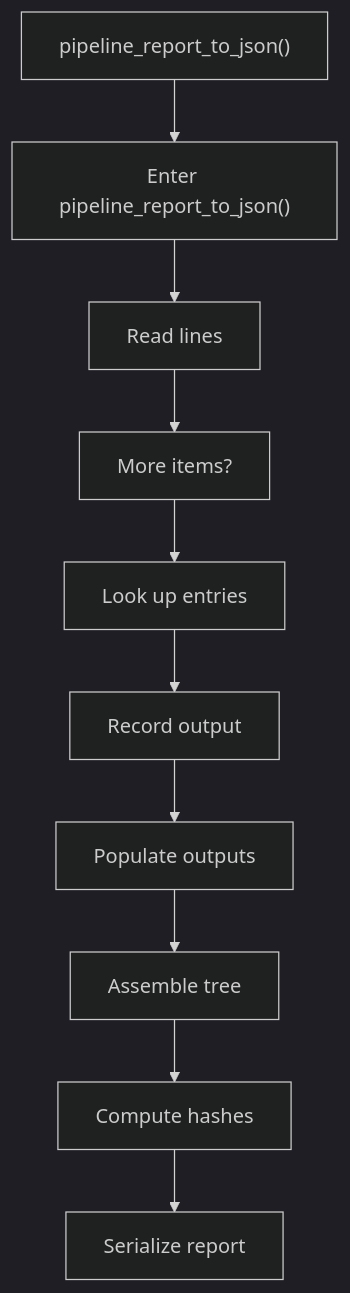
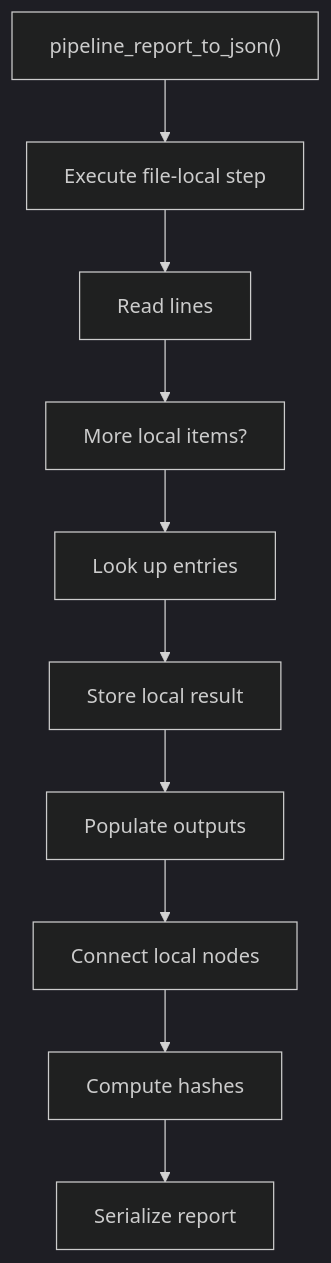
The first of 2 diagrams in docs/Codebase/Microservice/Modules/Source/OutputGeneration/Report/pipeline_report_to_json.cpp.md (JohnAndrewBalbarosa/NeoTerritory), drawn with Mermaid (dark theme) before and after one commit. The commit also changed other lines of this file and 925 other files, not shown here.

````diff
--- a/docs/Codebase/Microservice/Modules/Source/OutputGeneration/Report/pipeline_report_to_json.cpp.md
+++ b/docs/Codebase/Microservice/Modules/Source/OutputGeneration/Report/pipeline_report_to_json.cpp.md
@@ -32,22 +32,22 @@
 ```mermaid
 flowchart TD
     N0["pipeline_report_to_json()"]
-    N1["Enter pipeline_report_to_json()"]
+    N1["Execute file-local step"]
     N2["Read lines"]
-    N3["More items?"]
+    N3["More local items?"]
     N4["Look up entries"]
-    N5["Record output"]
+    N5["Store local result"]
     N6["Populate outputs"]
-    N7["Assemble tree"]
+    N7["Connect local nodes"]
     N8["Compute hashes"]
     N9["Serialize report"]
     N0 --> N1
     N1 --> N2
     N2 --> N3
     N3 --> N4
     N4 --> N5
     N5 --> N6
     N6 --> N7
     N7 --> N8
     N8 --> N9
 ```
````
